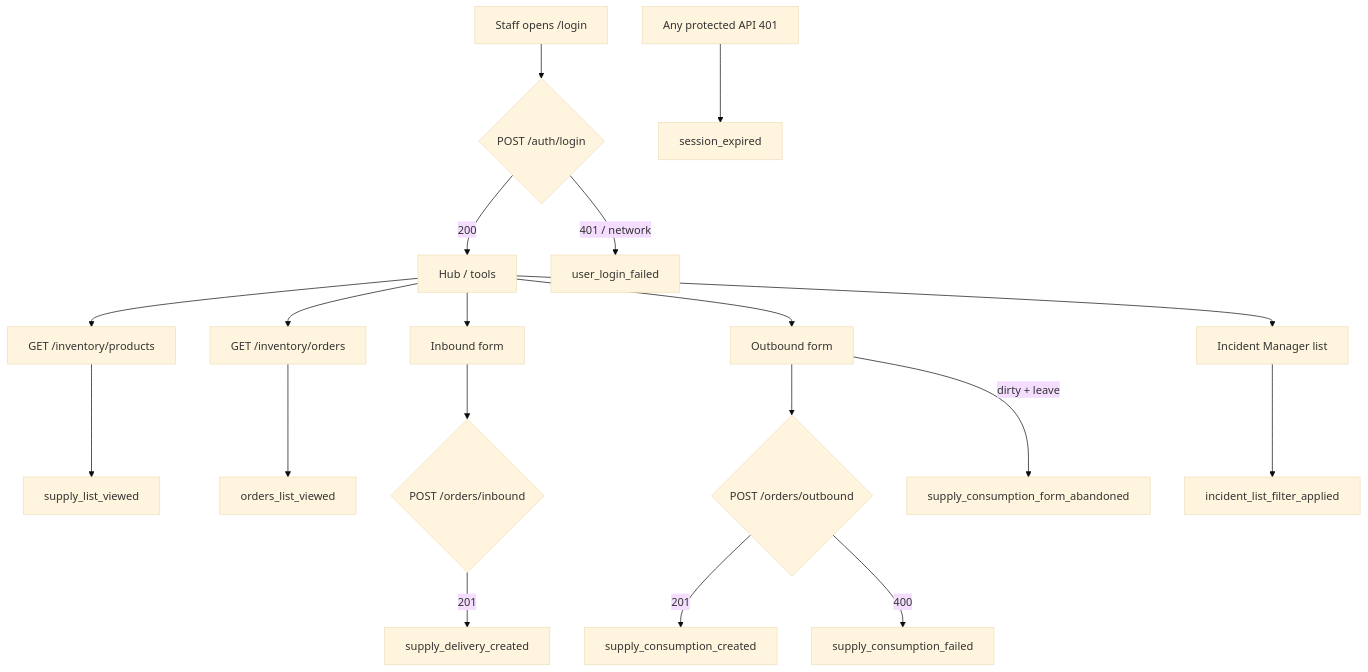
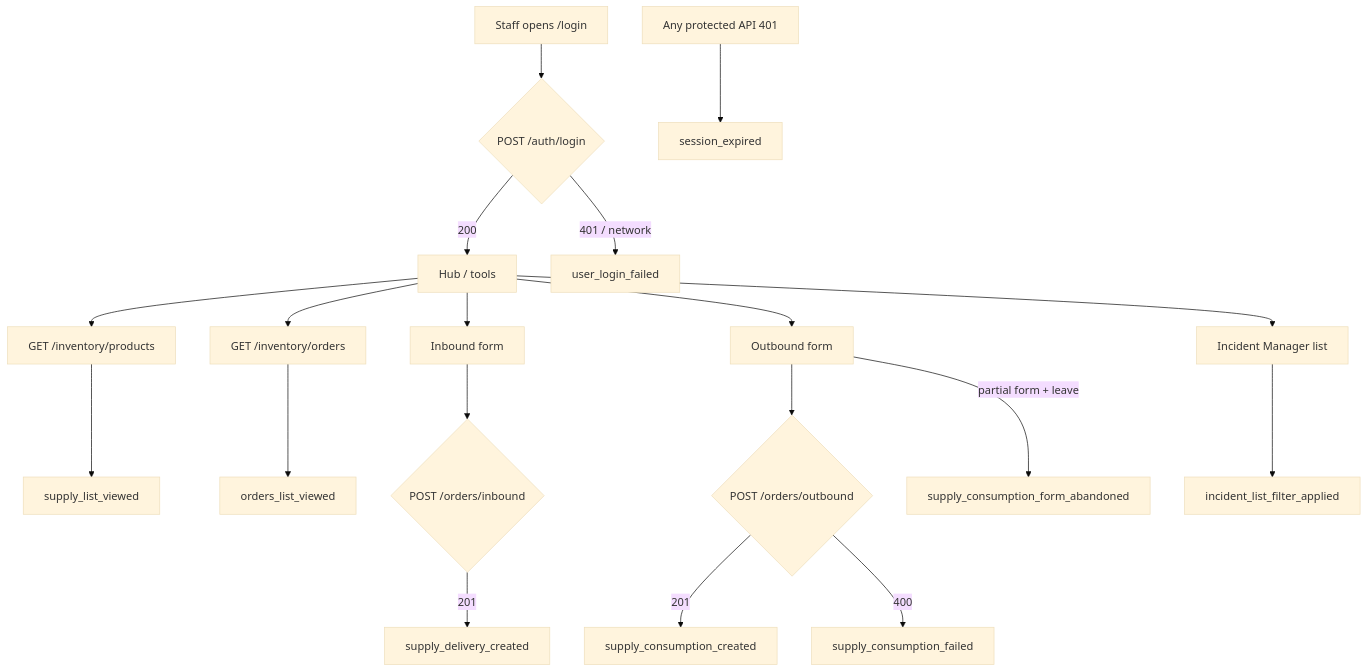
One commit to chitrasharath/chitrasharath_healthcore_ft_ai_1 changed the diagram in docs/telemetry/telemetry-plan.md. Above: the diagram before and after it, drawn with Mermaid (base theme). The commit also changed other lines of this file and 5 other files, not shown here.

````diff
--- a/docs/telemetry/telemetry-plan.md
+++ b/docs/telemetry/telemetry-plan.md
@@ -73,21 +73,21 @@
 ```mermaid
 flowchart TD
   A[Staff opens /login] --> B{POST /auth/login}
   B -->|200| C[Hub / tools]
   B -->|401 / network| D[user_login_failed]
   C --> E[GET /inventory/products]
   E --> F[supply_list_viewed]
   C --> G[GET /inventory/orders]
   G --> H[orders_list_viewed]
   C --> I[Inbound form]
   I --> J{POST /orders/inbound}
   J -->|201| K[supply_delivery_created]
   C --> L[Outbound form]
   L --> M{POST /orders/outbound}
   M -->|201| N[supply_consumption_created]
   M -->|400| O[supply_consumption_failed]
-  L -->|dirty + leave| P[supply_consumption_form_abandoned]
+  L -->|partial form + leave| P[supply_consumption_form_abandoned]
   C --> Q[Incident Manager list]
   Q --> R[incident_list_filter_applied]
   S[Any protected API 401] --> T[session_expired]
 ```
````
